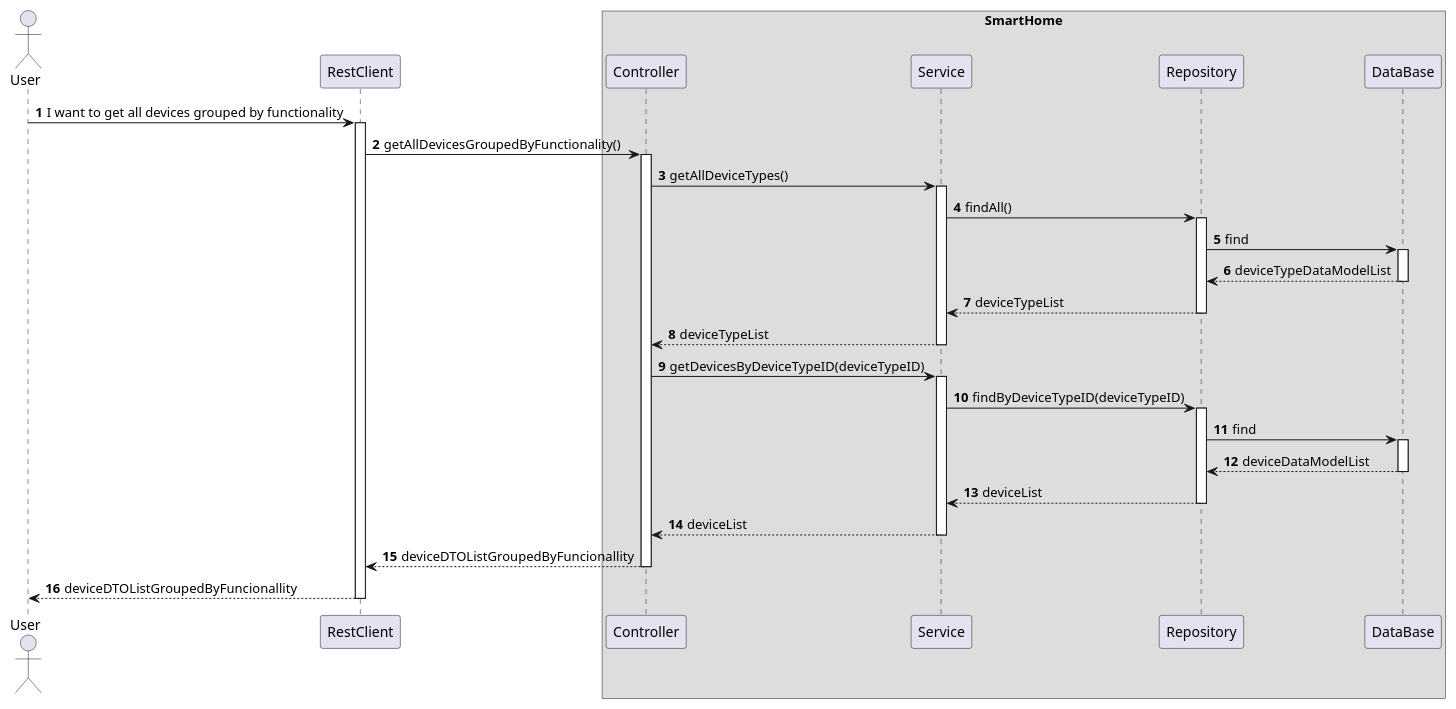
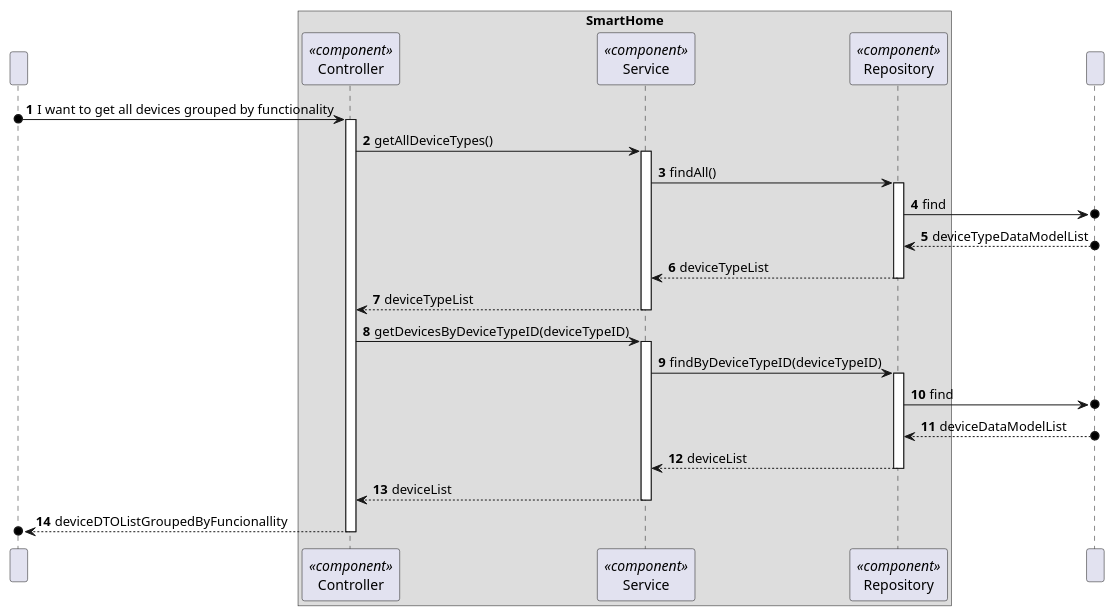
One commit to moutajDev/smarthome changed the diagram in docs/C4_4plus1_models/Level4/ProcessView/ProcessViewLevel4_UC09.puml. Above: the diagram before and after it, drawn with PlantUML. The commit also changed 46 other files, not shown here.

```diff
--- a/docs/C4_4plus1_models/Level4/ProcessView/ProcessViewLevel4_UC09.puml
+++ b/docs/C4_4plus1_models/Level4/ProcessView/ProcessViewLevel4_UC09.puml
@@ -1,70 +1,55 @@
 @startuml
 'https://plantuml.com/sequence-diagram
 !pragma layout smetana
 
 autonumber
 
-actor "User" as User
-participant "RestClient" as RC
+participant " " as User
 
 box "SmartHome"
-    participant "Controller" as CTRL
-    participant "Service" as SV
-    participant "Repository" as REPO
-    participant "DataBase" as BD
+    participant "Controller" as CTRL<<component>>
+    participant "Service" as SV<<component>>
+    participant "Repository" as REPO<<component>>
 end box
+participant " " as BD
 
 
-User -> RC : I want to get all devices grouped by functionality
-activate RC
-
-
-RC -> CTRL: getAllDevicesGroupedByFunctionality()
+User o-> CTRL : I want to get all devices grouped by functionality
 activate CTRL
 
 
 CTRL -> SV: getAllDeviceTypes()
 activate SV
 
 SV -> REPO : findAll()
 activate REPO
 
-REPO -> BD : find
-activate BD
-
-BD --> REPO : deviceTypeDataModelList
-deactivate BD
+REPO ->o BD : find
+BD o--> REPO : deviceTypeDataModelList
 
 REPO --> SV : deviceTypeList
-deactivate BD
 deactivate REPO
 
 SV --> CTRL : deviceTypeList
 deactivate SV
 
 CTRL -> SV : getDevicesByDeviceTypeID(deviceTypeID)
 activate SV
 
 SV -> REPO : findByDeviceTypeID(deviceTypeID)
 activate REPO
 
-REPO -> BD : find
-activate BD
-
-BD --> REPO : deviceDataModelList
-deactivate BD
+REPO ->o BD : find
+BD o--> REPO : deviceDataModelList
 
 REPO --> SV : deviceList
 deactivate REPO
 
 SV --> CTRL : deviceList
 deactivate SV
 
-CTRL --> RC : deviceDTOListGroupedByFuncionallity
+CTRL -->o User : deviceDTOListGroupedByFuncionallity
 deactivate CTRL
-
-RC --> User : deviceDTOListGroupedByFuncionallity
-deactivate RC
 
 
 @enduml
```
